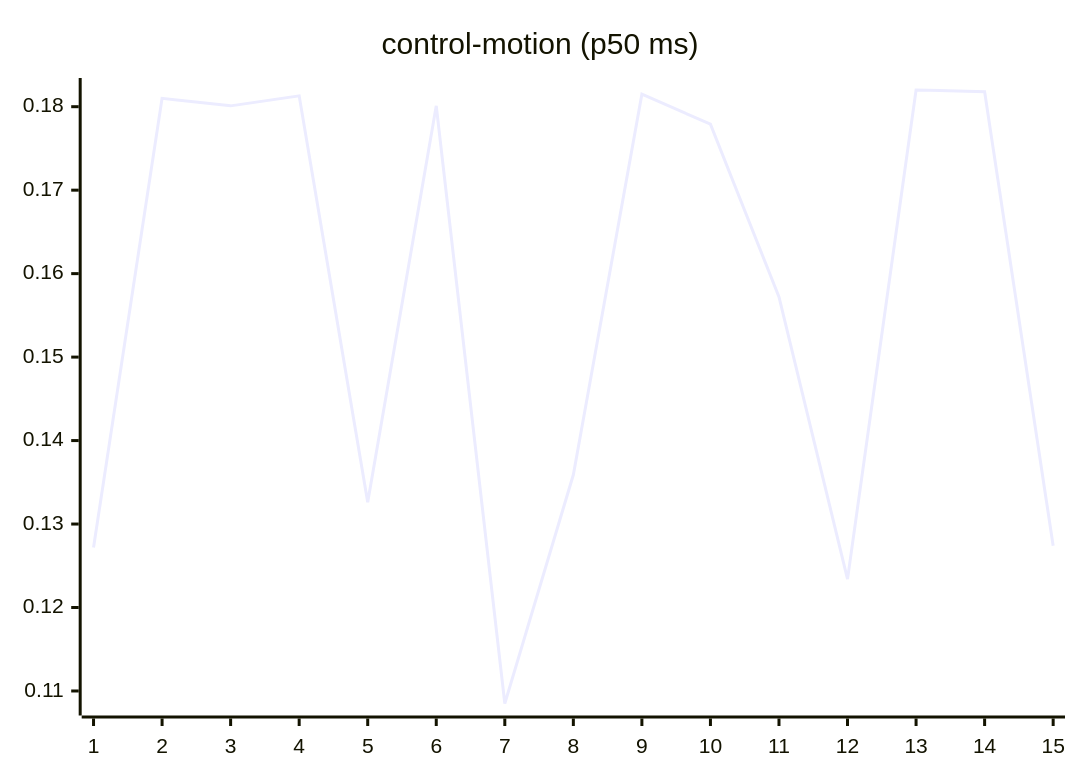
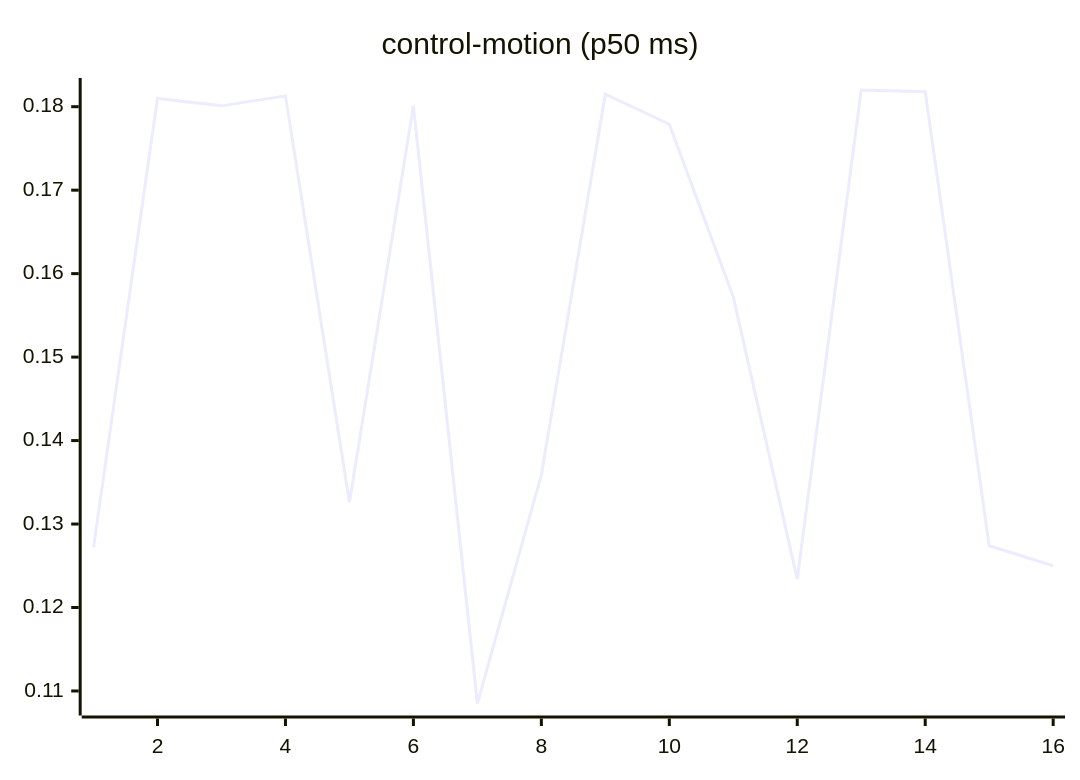
One commit to josha/Facet changed the seventh of 27 diagrams in README.md. Above: the diagram before and after it, drawn with Mermaid. The commit also changed other lines of this file and 2 other files, not shown here.

````diff
--- a/README.md
+++ b/README.md
@@ -105,6 +105,6 @@
 ```mermaid
 xychart-beta
     title "control-motion (p50 ms)"
-    x-axis 1 --> 15
-    line [0.1272, 0.1810, 0.1801, 0.1813, 0.1326, 0.1801, 0.1085, 0.1359, 0.1815, 0.1779, 0.1572, 0.1234, 0.1820, 0.1818, 0.1274]
+    x-axis 1 --> 16
+    line [0.1272, 0.1810, 0.1801, 0.1813, 0.1326, 0.1801, 0.1085, 0.1359, 0.1815, 0.1779, 0.1572, 0.1234, 0.1820, 0.1818, 0.1274, 0.1250]
 ```
````
